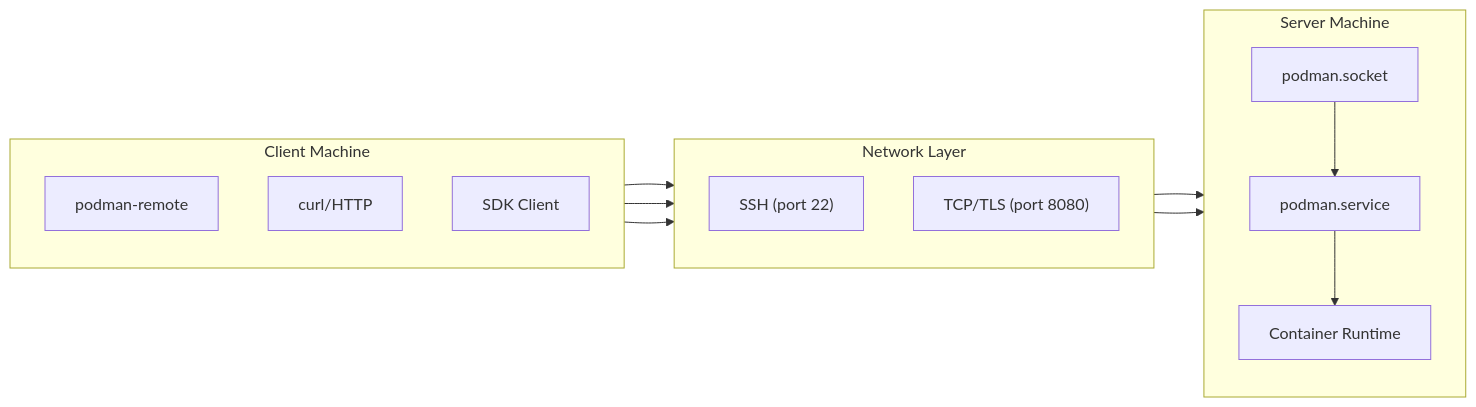
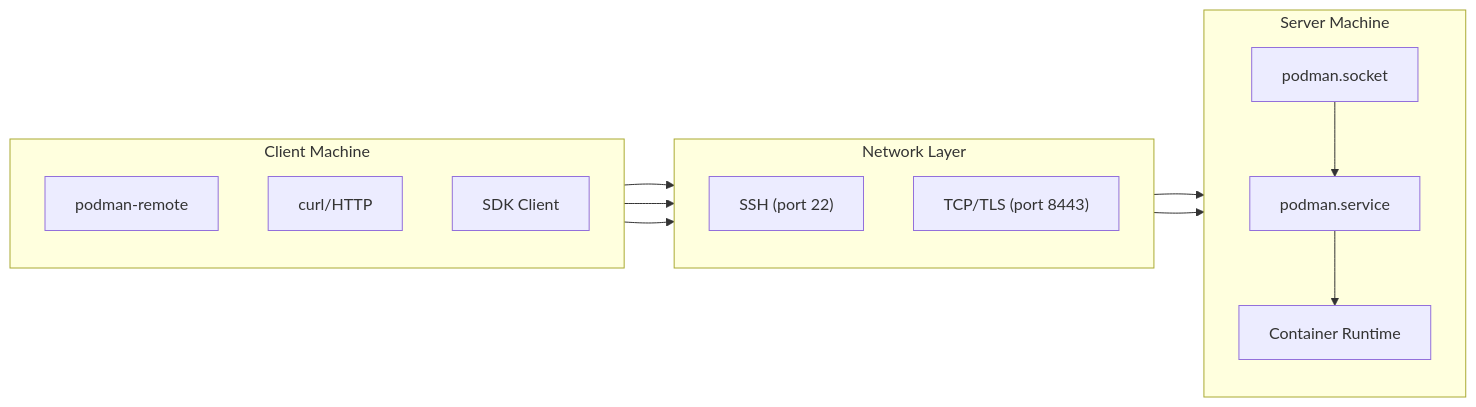
The second of 4 diagrams in posts/2026-02-02-podman-remote-api/README.md (OneUptime/blog), drawn with Mermaid before and after one commit. The commit also changed other lines of this file and 2 other files, not shown here.

````diff
--- a/posts/2026-02-02-podman-remote-api/README.md
+++ b/posts/2026-02-02-podman-remote-api/README.md
@@ -114,30 +115,30 @@
 ```mermaid
 flowchart LR
     subgraph Client["Client Machine"]
         direction TB
         A["podman-remote"]
         B["curl/HTTP"]
         C["SDK Client"]
     end
 
     subgraph Network["Network Layer"]
         direction TB
         D["SSH (port 22)"]
-        E["TCP/TLS (port 8080)"]
+        E["TCP/TLS (port 8443)"]
     end
 
     subgraph Server["Server Machine"]
         direction TB
         F["podman.socket"]
         G["podman.service"]
         H["Container Runtime"]
     end
 
     A --> D
     B --> E
     C --> E
     D --> F
     E --> F
     F --> G
     G --> H
 ```
````
